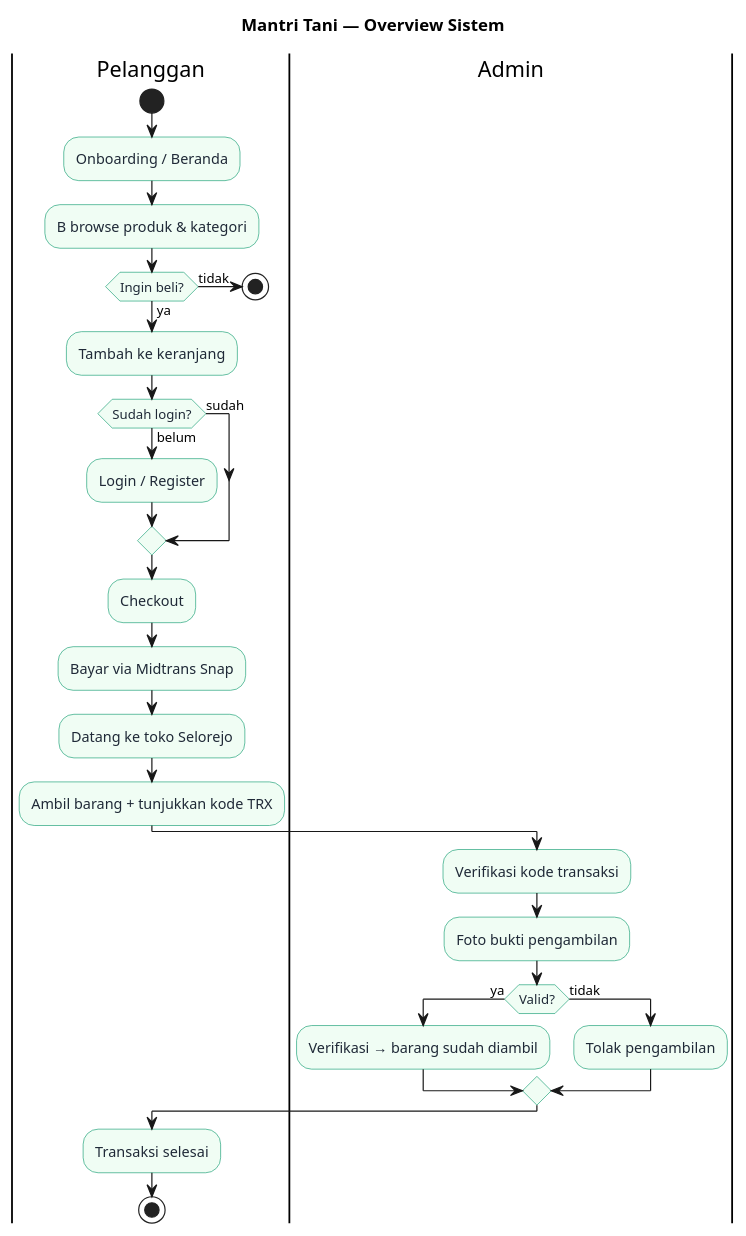
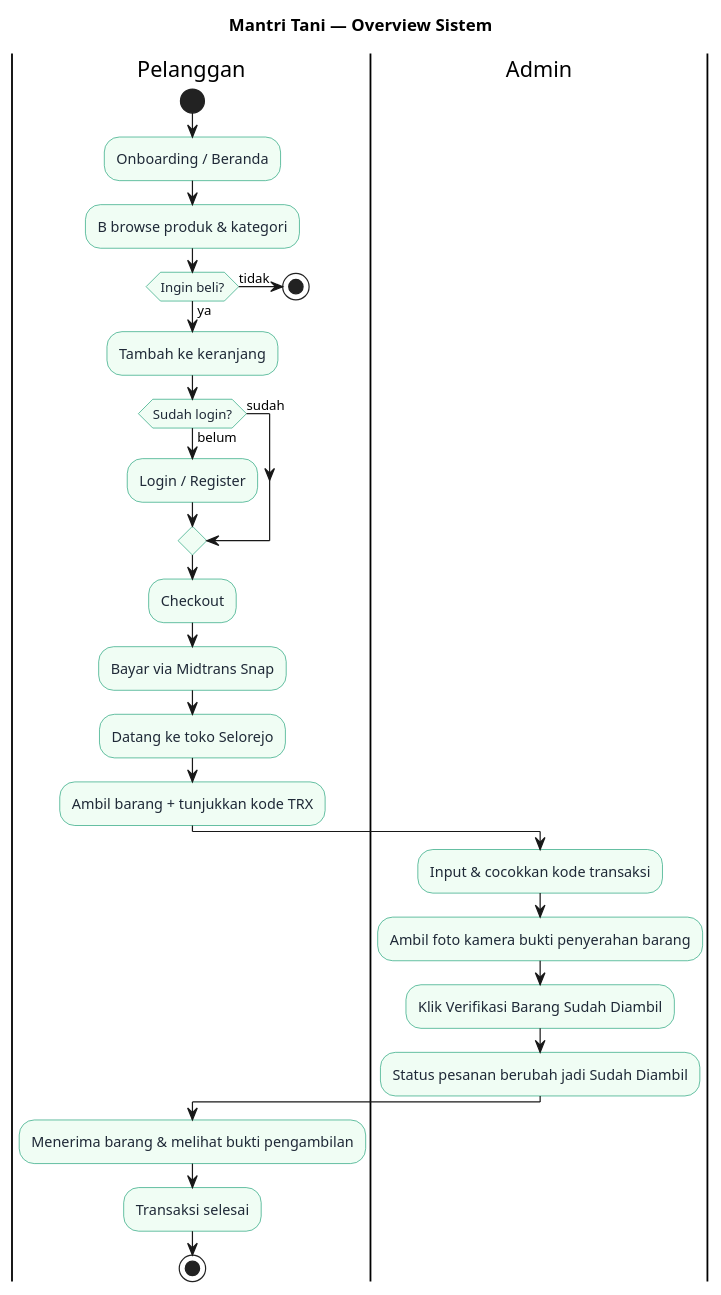
One commit to johansyaifulloh/mitra-tani changed the first of 9 diagrams in planning/FLOWCHART.puml. Above: the diagram before and after it, drawn with PlantUML. The commit also changed 42 other files, not shown here.

```diff
--- a/planning/FLOWCHART.puml
+++ b/planning/FLOWCHART.puml
@@ -1,47 +1,45 @@
 @startuml mantri-tani-system-overview
 ' Flowchart 1 — Overview sistem (3 role)
 
 title Mantri Tani — Overview Sistem
 
 skinparam activity {
   BackgroundColor #f0fdf4
   BorderColor #059669
   FontColor #1f2937
 }
 skinparam partition {
   BackgroundColor #ecfdf5
   BorderColor #059669
 }
 
 |Pelanggan|
 start
 :Onboarding / Beranda;
 :B browse produk & kategori;
 if (Ingin beli?) then (ya)
   :Tambah ke keranjang;
   if (Sudah login?) then (belum)
     :Login / Register;
   else (sudah)
   endif
   :Checkout;
   :Bayar via Midtrans Snap;
   :Datang ke toko Selorejo;
   :Ambil barang + tunjukkan kode TRX;
 else (tidak)
   stop
 endif
 
 |Admin|
-:Verifikasi kode transaksi;
-:Foto bukti pengambilan;
-if (Valid?) then (ya)
-  :Verifikasi → barang sudah diambil;
-else (tidak)
-  :Tolak pengambilan;
-endif
+:Input & cocokkan kode transaksi;
+:Ambil foto kamera bukti penyerahan barang;
+:Klik Verifikasi Barang Sudah Diambil;
+:Status pesanan berubah jadi Sudah Diambil;
 
 |Pelanggan|
+:Menerima barang & melihat bukti pengambilan;
 :Transaksi selesai;
 stop
 
 @enduml
```
